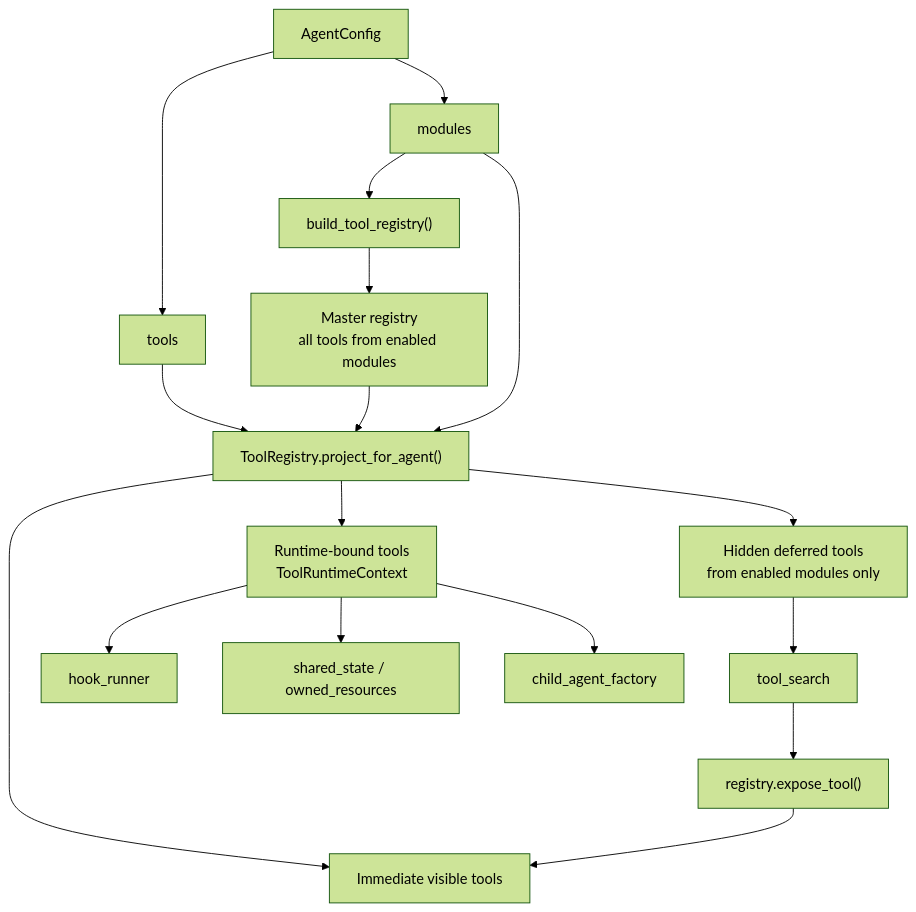
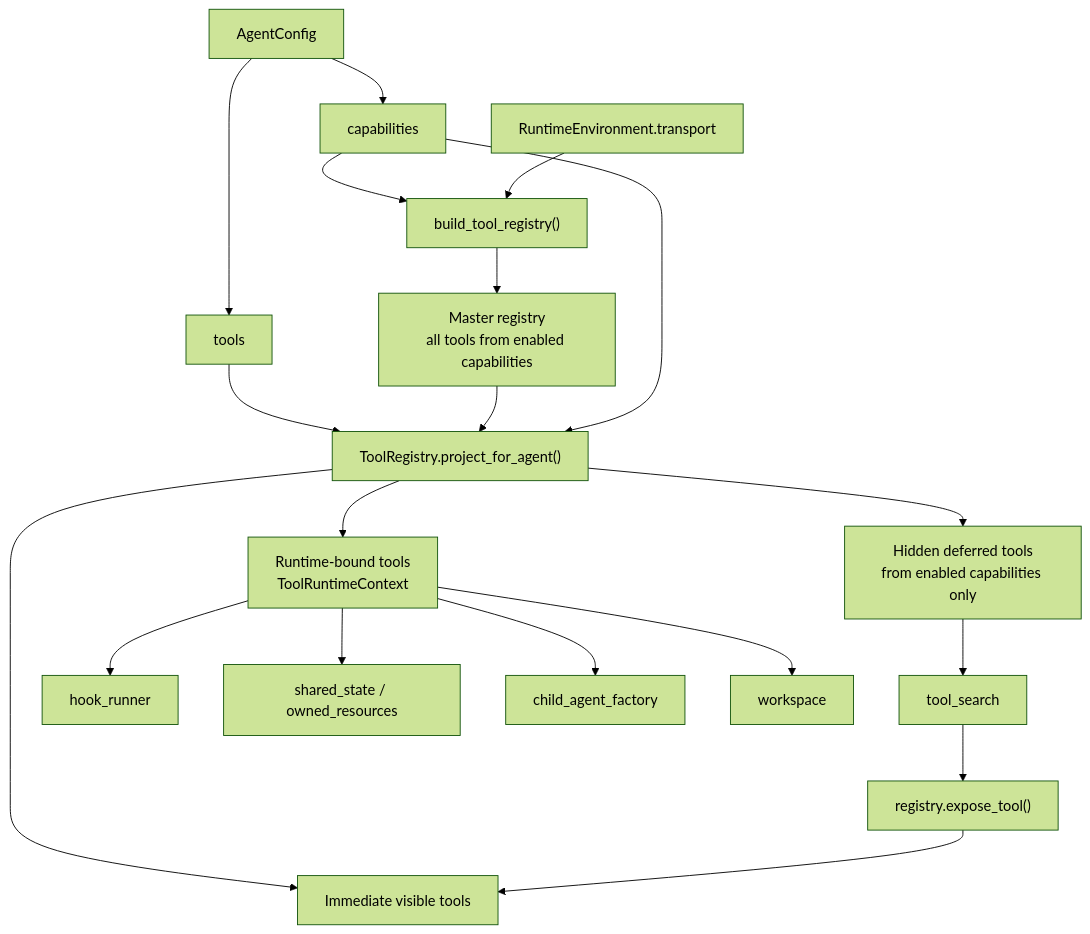
The second of 5 diagrams in docs/architecture-runtime.md (OrderAndCh4oS/smolclaw), drawn with Mermaid (forest theme) before and after one commit. The commit also changed other lines of this file and 32 other files, not shown here.

Commit message:
refactor: unify runtime capabilities and workspaces

````diff
--- a/docs/architecture-runtime.md
+++ b/docs/architecture-runtime.md
@@ -63,24 +67,26 @@
 ```mermaid
 flowchart TD
-    AC["AgentConfig"] --> MOD["modules"]
+    AC["AgentConfig"] --> CAP["capabilities"]
     AC --> TOOLS["tools"]
 
-    MOD --> BTR["build_tool_registry()"]
-    BTR --> MR["Master registry\nall tools from enabled modules"]
+    CAP --> BTR["build_tool_registry()"]
+    ENV["RuntimeEnvironment.transport"] --> BTR
+    BTR --> MR["Master registry\nall tools from enabled capabilities"]
 
     TOOLS --> PFA["ToolRegistry.project_for_agent()"]
     MR --> PFA
-    MOD --> PFA
+    CAP --> PFA
 
     PFA --> VISIBLE["Immediate visible tools"]
-    PFA --> HIDDEN["Hidden deferred tools\nfrom enabled modules only"]
+    PFA --> HIDDEN["Hidden deferred tools\nfrom enabled capabilities only"]
 
     HIDDEN --> SEARCH["tool_search"]
     SEARCH --> EXPOSE["registry.expose_tool()"]
     EXPOSE --> VISIBLE
 
     PFA --> BOUND["Runtime-bound tools\nToolRuntimeContext"]
     BOUND --> HOOK["hook_runner"]
     BOUND --> STATE["shared_state / owned_resources"]
     BOUND --> CHILD["child_agent_factory"]
+    BOUND --> WS["workspace"]
 ```
````
